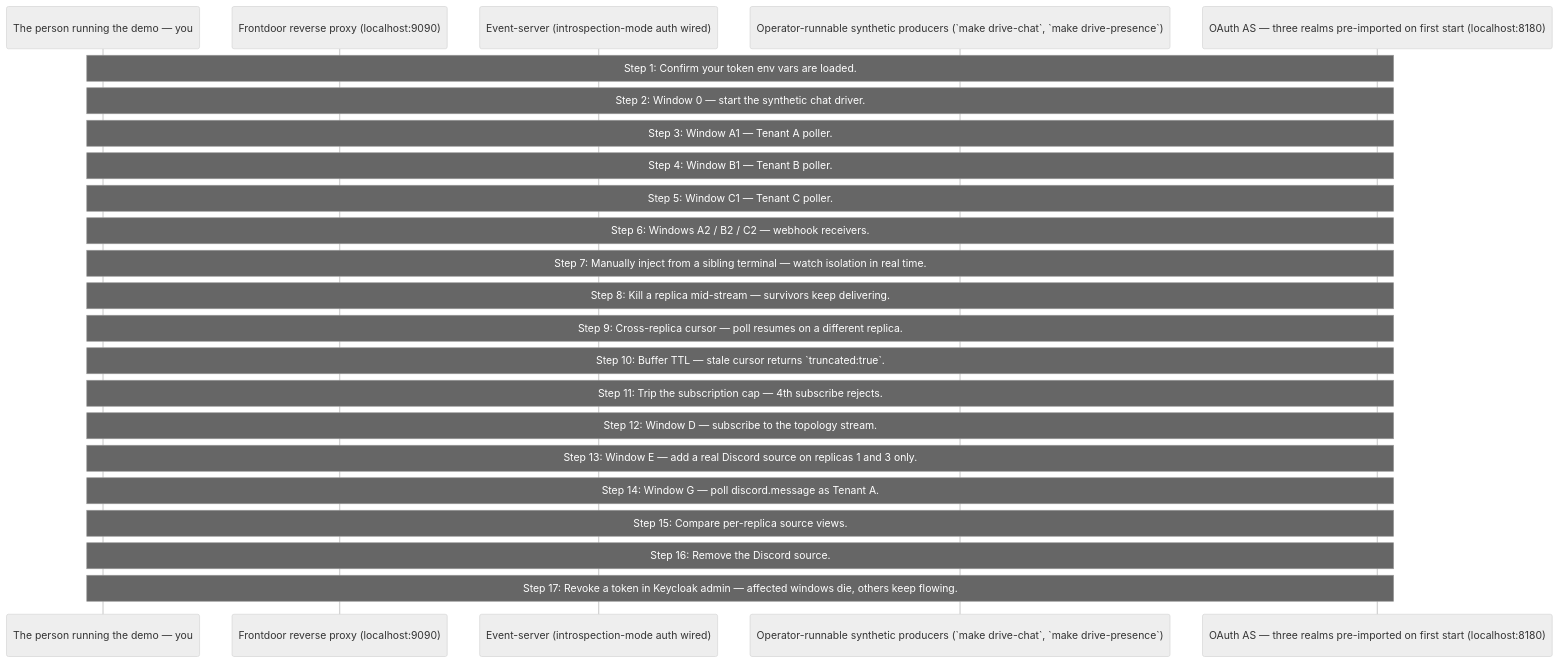
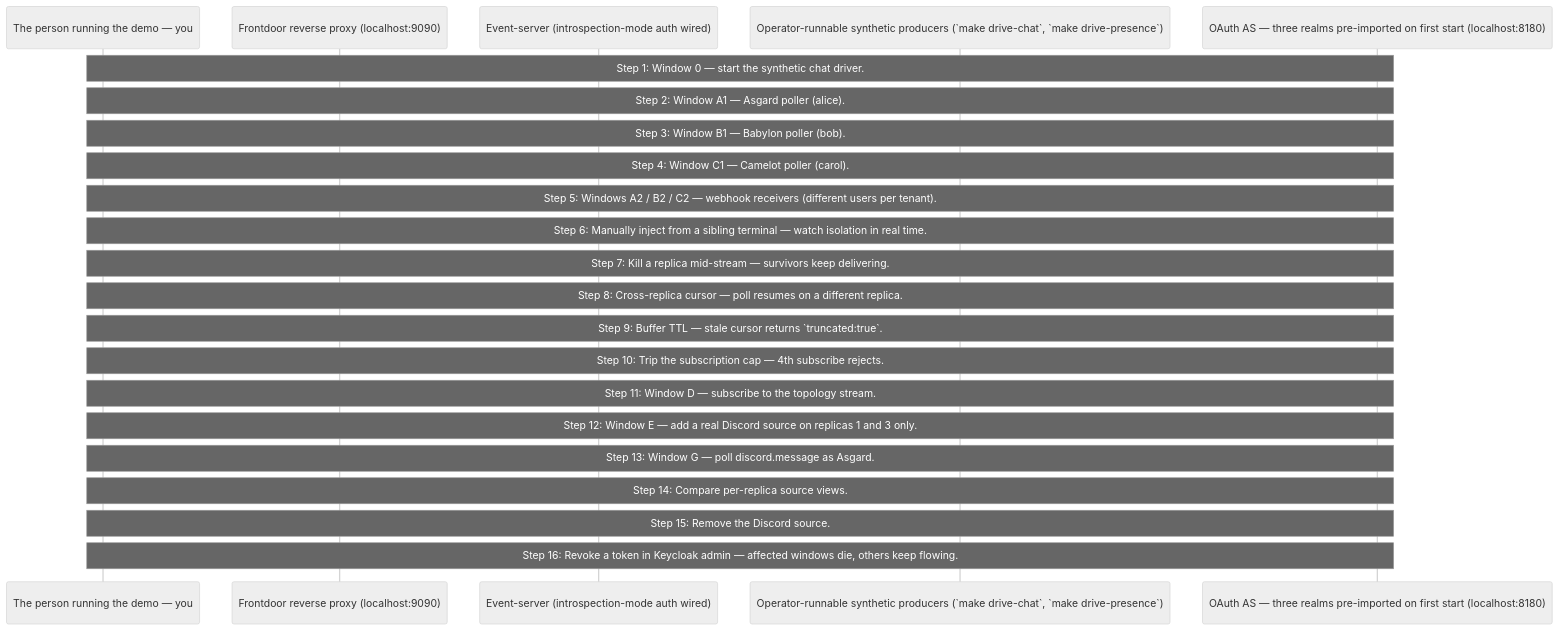
One commit to panyam/mcpkit changed the diagram in examples/whole-enchilada/events/WALKTHROUGH.md. Above: the diagram before and after it, drawn with Mermaid (neutral theme). The commit also changed other lines of this file and 19 other files, not shown here.

````diff
--- a/examples/whole-enchilada/events/WALKTHROUGH.md
+++ b/examples/whole-enchilada/events/WALKTHROUGH.md
@@ -27,42 +26,40 @@
 ```mermaid
 sequenceDiagram
     participant Operator as The person running the demo — you
     participant Nginx as Frontdoor reverse proxy (localhost:9090)
     participant Server as Event-server (introspection-mode auth wired)
     participant Drivers as Operator-runnable synthetic producers (`make drive-chat`, `make drive-presence`)
     participant Keycloak as OAuth AS — three realms pre-imported on first start (localhost:8180)
 
-    Note over Operator,Keycloak: Step 1: Confirm your token env vars are loaded.
+    Note over Operator,Keycloak: Step 1: Window 0 — start the synthetic chat driver.
 
-    Note over Operator,Keycloak: Step 2: Window 0 — start the synthetic chat driver.
+    Note over Operator,Keycloak: Step 2: Window A1 — Asgard poller (alice).
 
-    Note over Operator,Keycloak: Step 3: Window A1 — Tenant A poller.
+    Note over Operator,Keycloak: Step 3: Window B1 — Babylon poller (bob).
 
-    Note over Operator,Keycloak: Step 4: Window B1 — Tenant B poller.
+    Note over Operator,Keycloak: Step 4: Window C1 — Camelot poller (carol).
 
-    Note over Operator,Keycloak: Step 5: Window C1 — Tenant C poller.
+    Note over Operator,Keycloak: Step 5: Windows A2 / B2 / C2 — webhook receivers (different users per tenant).
 
-    Note over Operator,Keycloak: Step 6: Windows A2 / B2 / C2 — webhook receivers.
+    Note over Operator,Keycloak: Step 6: Manually inject from a sibling terminal — watch isolation in real time.
 
-    Note over Operator,Keycloak: Step 7: Manually inject from a sibling terminal — watch isolation in real time.
+    Note over Operator,Keycloak: Step 7: Kill a replica mid-stream — survivors keep delivering.
 
-    Note over Operator,Keycloak: Step 8: Kill a replica mid-stream — survivors keep delivering.
+    Note over Operator,Keycloak: Step 8: Cross-replica cursor — poll resumes on a different replica.
 
-    Note over Operator,Keycloak: Step 9: Cross-replica cursor — poll resumes on a different replica.
+    Note over Operator,Keycloak: Step 9: Buffer TTL — stale cursor returns `truncated:true`.
 
-    Note over Operator,Keycloak: Step 10: Buffer TTL — stale cursor returns `truncated:true`.
+    Note over Operator,Keycloak: Step 10: Trip the subscription cap — 4th subscribe rejects.
 
-    Note over Operator,Keycloak: Step 11: Trip the subscription cap — 4th subscribe rejects.
+    Note over Operator,Keycloak: Step 11: Window D — subscribe to the topology stream.
 
-    Note over Operator,Keycloak: Step 12: Window D — subscribe to the topology stream.
+    Note over Operator,Keycloak: Step 12: Window E — add a real Discord source on replicas 1 and 3 only.
 
-    Note over Operator,Keycloak: Step 13: Window E — add a real Discord source on replicas 1 and 3 only.
+    Note over Operator,Keycloak: Step 13: Window G — poll discord.message as Asgard.
 
-    Note over Operator,Keycloak: Step 14: Window G — poll discord.message as Tenant A.
+    Note over Operator,Keycloak: Step 14: Compare per-replica source views.
 
-    Note over Operator,Keycloak: Step 15: Compare per-replica source views.
+    Note over Operator,Keycloak: Step 15: Remove the Discord source.
 
-    Note over Operator,Keycloak: Step 16: Remove the Discord source.
-
-    Note over Operator,Keycloak: Step 17: Revoke a token in Keycloak admin — affected windows die, others keep flowing.
+    Note over Operator,Keycloak: Step 16: Revoke a token in Keycloak admin — affected windows die, others keep flowing.
 ```
````
